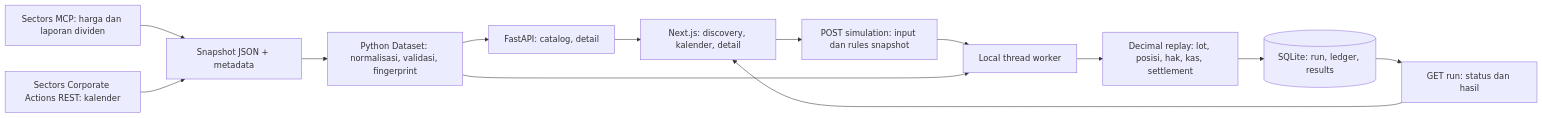
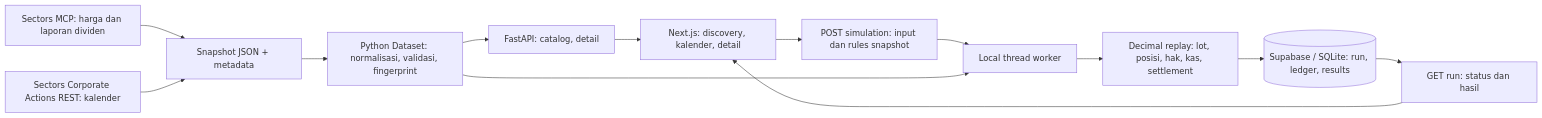
The second of 3 diagrams in README.md (YohanesVito/horizon), drawn with Mermaid before and after one commit. The commit also changed other lines of this file and 63 other files, not shown here.

````diff
--- a/README.md
+++ b/README.md
@@ -87,15 +93,15 @@
 ```mermaid
 flowchart LR
   MCP[Sectors MCP: harga dan laporan dividen] --> RAW[Snapshot JSON + metadata]
   REST[Sectors Corporate Actions REST: kalender] --> RAW
   RAW --> D[Python Dataset: normalisasi, validasi, fingerprint]
   D --> API[FastAPI: catalog, detail]
   API --> UI[Next.js: discovery, kalender, detail]
   UI --> JOB[POST simulation: input dan rules snapshot]
   JOB --> W[Local thread worker]
   D --> W
   W --> ENGINE[Decimal replay: lot, posisi, hak, kas, settlement]
-  ENGINE --> DB[(SQLite: run, ledger, results)]
+  ENGINE --> DB[(Supabase / SQLite: run, ledger, results)]
   DB --> RESULT[GET run: status dan hasil]
   RESULT --> UI
 ```
````
